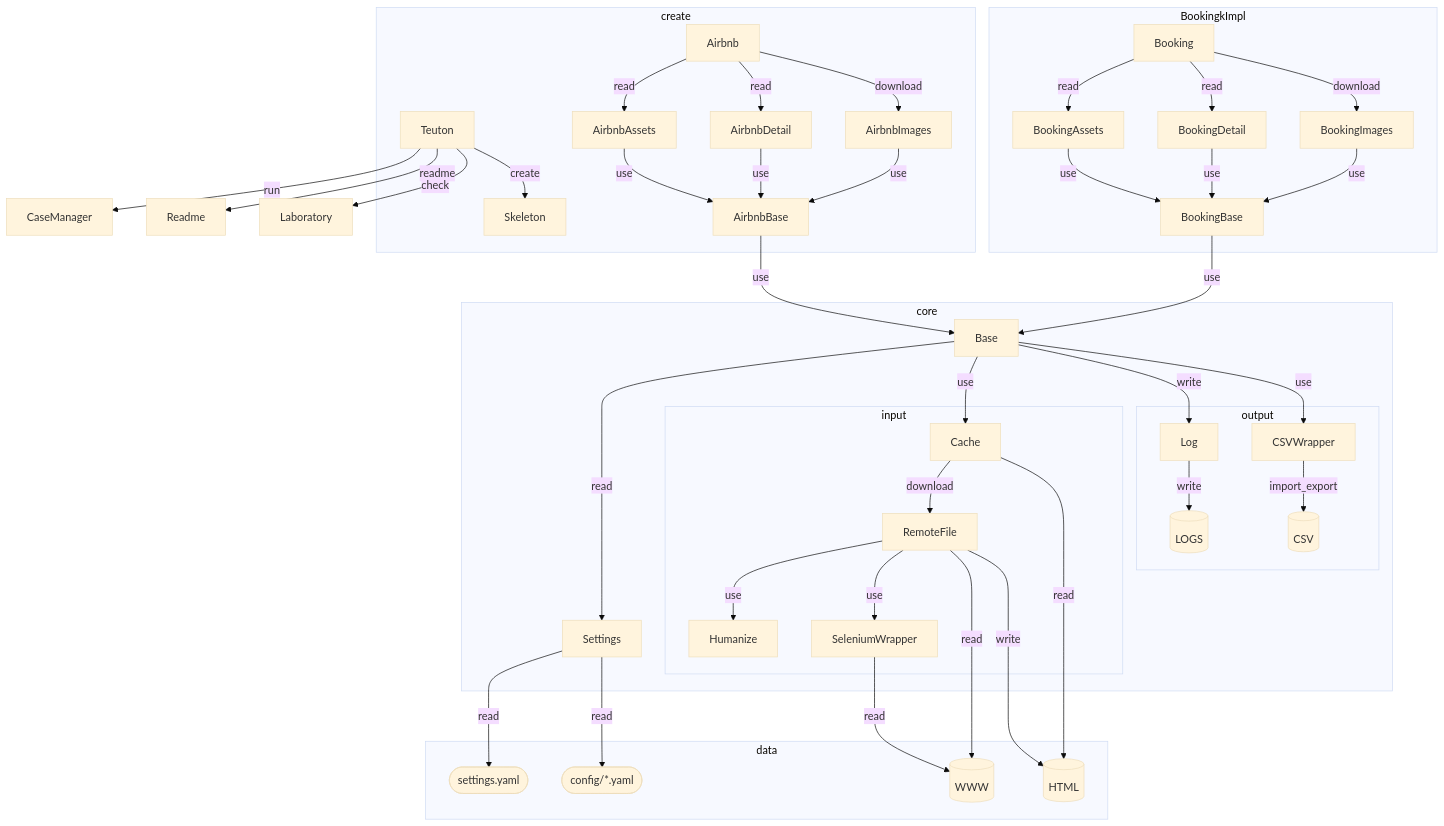
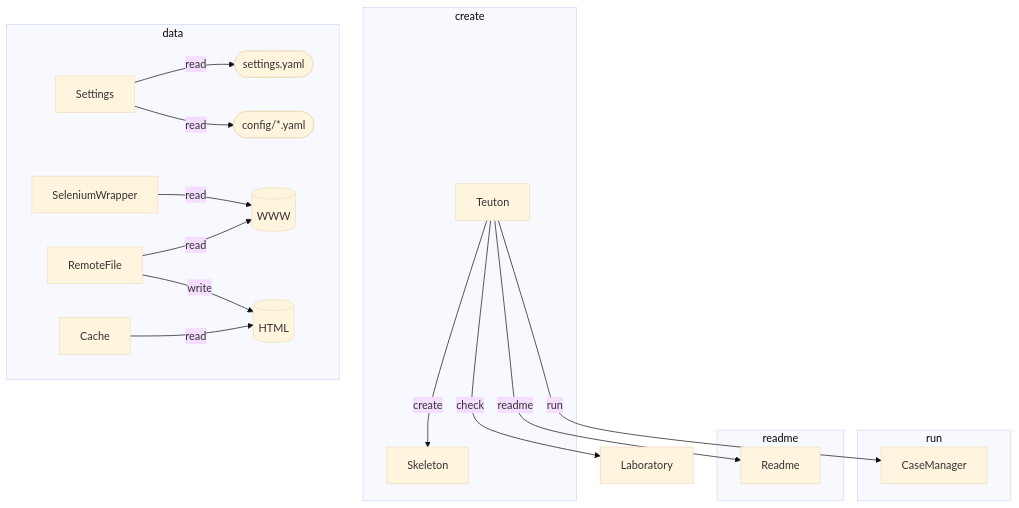
The diagram in docs/diagram.md (teuton-software/teuton), drawn with Mermaid (base theme) before and after one commit.

````diff
--- a/docs/diagram.md
+++ b/docs/diagram.md
@@ -5,57 +5,26 @@
 ```mermaid
 flowchart TB
 
-Teuton -- run --> CaseManager
-Teuton -- readme --> Readme
 Teuton -- check --> Laboratory
 
 subgraph create
   Teuton -- create --> Skeleton
-  Airbnb -- read --> AirbnbAssets
-  Airbnb -- read --> AirbnbDetail
-  Airbnb -- download --> AirbnbImages
-
-  AirbnbAssets -- use --> AirbnbBase
-  AirbnbDetail -- use --> AirbnbBase
-  AirbnbImages -- use --> AirbnbBase
 end
 
-subgraph BookingkImpl
-  Booking -- read --> BookingAssets
-  Booking -- read --> BookingDetail
-  Booking -- download --> BookingImages
-
-  BookingAssets -- use --> BookingBase
-  BookingDetail -- use --> BookingBase
-  BookingImages -- use --> BookingBase
+subgraph run
+  Teuton -- run --> CaseManager
 end
 
-subgraph core
-  AirbnbBase -- use --> Base
-  BookingBase -- use --> Base
-  Base -- read --> Settings
-  Base -- use --> Cache
-  Base -- write --> Log
-  Base -- use --> CSVWrapper
-
-  subgraph output
-    CSVWrapper -- import_export --> csv[(CSV)]
-    Log -- write --> logfile[(LOGS)]
-  end
-
-  subgraph input
-    Cache -- download --> RemoteFile
-    RemoteFile -- use --> Humanize
-    RemoteFile -- use --> SeleniumWrapper
-  end
+subgraph readme
+  Teuton -- readme --> Readme
 end
 
 subgraph data
   Settings -- read --> settingsyaml([settings.yaml])
   Settings -- read --> configyamls([config/*.yaml])
   RemoteFile -- read --> www[(WWW)]
   SeleniumWrapper -- read --> www[(WWW)]
   Cache -- read --> html[(HTML)]
   RemoteFile -- write --> html[(HTML)]
 end
 ```
````
